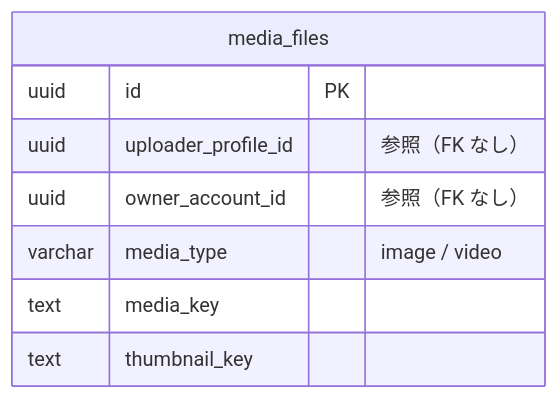
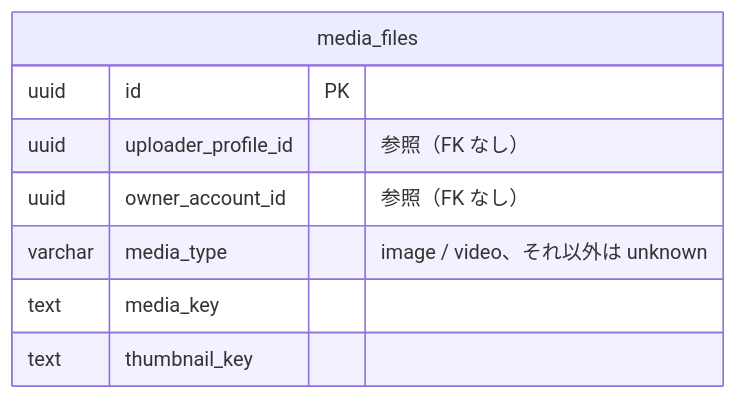
Before and after one commit to panicboat/monorepo: diagram 11 of 14 in dystopia/docs/data-model.md, drawn with Mermaid. The commit also changed other lines of this file and 21 other files, not shown here.

````diff
--- a/dystopia/docs/data-model.md
+++ b/dystopia/docs/data-model.md
@@ -340,11 +353,11 @@
 ```mermaid
 erDiagram
     media_files {
         uuid id PK
         uuid uploader_profile_id "参照（FK なし）"
         uuid owner_account_id "参照（FK なし）"
-        varchar media_type "image / video"
+        varchar media_type "image / video、それ以外は unknown"
         text media_key
         text thumbnail_key
     }
 ```
````
